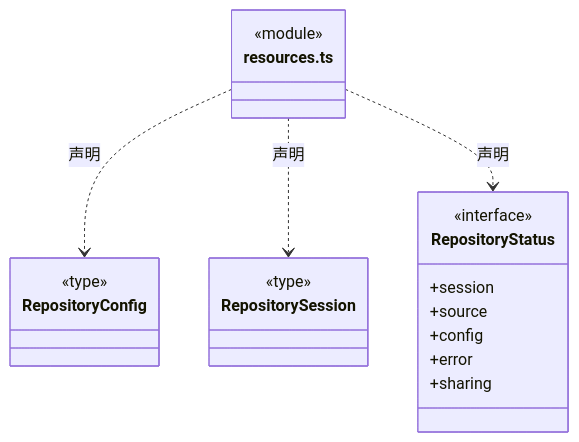
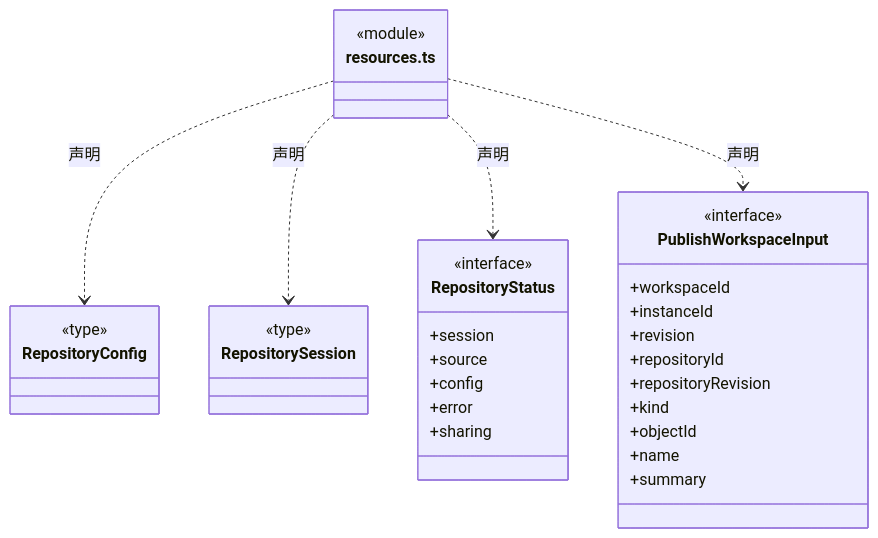
Before and after one commit to nan023062/cbim: the ninth of 14 diagrams in src/bridge/contracts/ARCHITECTURE.md, drawn with Mermaid. The commit also changed other lines of this file and 240 other files, not shown here.

````diff
--- a/src/bridge/contracts/ARCHITECTURE.md
+++ b/src/bridge/contracts/ARCHITECTURE.md
@@ -110,25 +174,38 @@
 ```mermaid
 classDiagram
 class N_src_bridge_contracts_resources_ts["resources.ts"] {
   <<module>>
 }
 class N_src_bridge_contracts_resources_ts_RepositoryConfig["RepositoryConfig"] {
   <<type>>
 
 }
 N_src_bridge_contracts_resources_ts ..> N_src_bridge_contracts_resources_ts_RepositoryConfig : 声明
 class N_src_bridge_contracts_resources_ts_RepositorySession["RepositorySession"] {
   <<type>>
 
 }
 N_src_bridge_contracts_resources_ts ..> N_src_bridge_contracts_resources_ts_RepositorySession : 声明
 class N_src_bridge_contracts_resources_ts_RepositoryStatus["RepositoryStatus"] {
   <<interface>>
   +session
   +source
   +config
   +error
   +sharing
 }
 N_src_bridge_contracts_resources_ts ..> N_src_bridge_contracts_resources_ts_RepositoryStatus : 声明
+class N_src_bridge_contracts_resources_ts_PublishWorkspaceInput["PublishWorkspaceInput"] {
+  <<interface>>
+  +workspaceId
+  +instanceId
+  +revision
+  +repositoryId
+  +repositoryRevision
+  +kind
+  +objectId
+  +name
+  +summary
+}
+N_src_bridge_contracts_resources_ts ..> N_src_bridge_contracts_resources_ts_PublishWorkspaceInput : 声明
 ```
````
